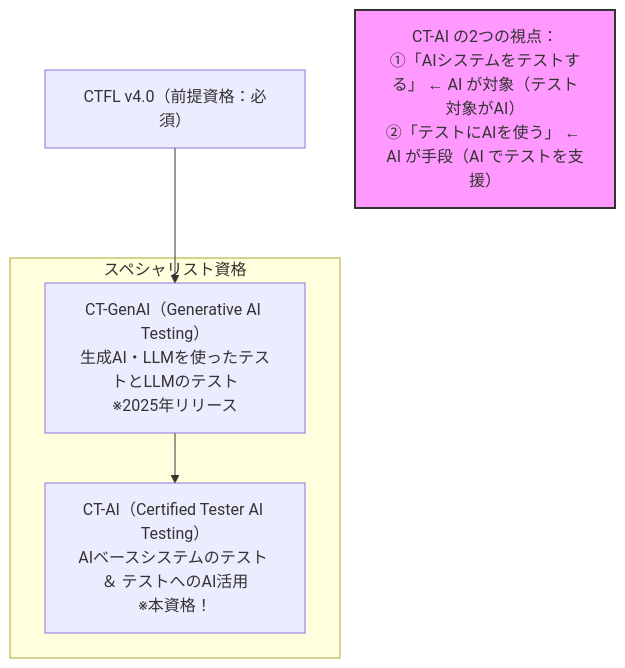
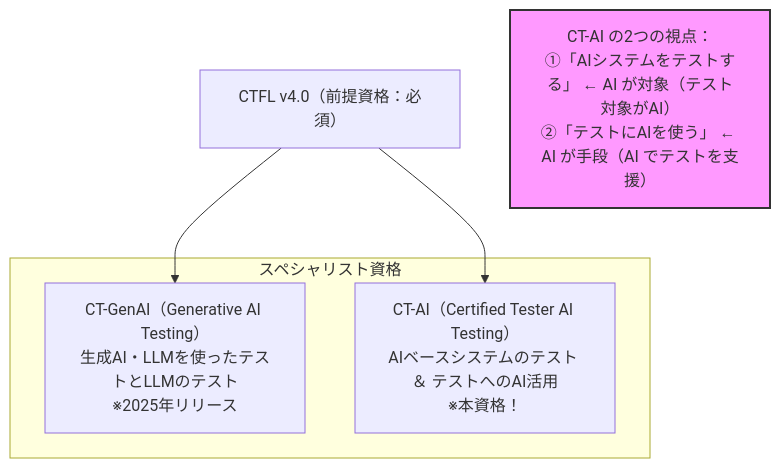
Before and after one commit to myoshi2891/Quality-Assurance-Studies: the diagram in istqb-ct-ai-complete-guide.md, drawn with Mermaid. The commit also changed 10 other files, not shown here.

````diff
--- a/istqb-ct-ai-complete-guide.md
+++ b/istqb-ct-ai-complete-guide.md
@@ -36,15 +36,15 @@
 ```mermaid
 flowchart TD
     CTFL["CTFL v4.0（前提資格：必須）"]
 
     subgraph Specialist ["スペシャリスト資格"]
         GenAI["CT-GenAI（Generative AI Testing）<br/>生成AI・LLMを使ったテストとLLMのテスト<br/>※2025年リリース"]
         AI["CT-AI（Certified Tester AI Testing）<br/>AIベースシステムのテスト ＆ テストへのAI活用<br/>※本資格！"]
     end
 
     CTFL --> GenAI
-    GenAI --> AI
+    CTFL --> AI
 
     classDef note fill:#f9f,stroke:#333,stroke-width:2px;
     Note["CT-AI の2つの視点：<br/>①「AIシステムをテストする」 ← AI が対象（テスト対象がAI）<br/>②「テストにAIを使う」 ← AI が手段（AI でテストを支援）"]:::note
 ```
````
